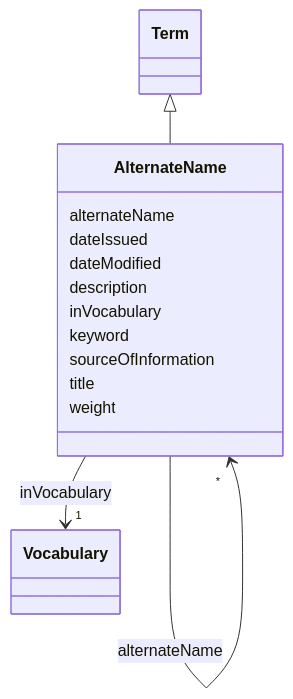
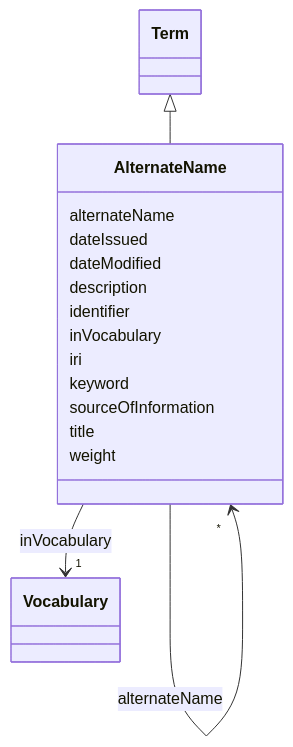
One commit to EVORA-project/evora-ontology changed the diagram in models/docs/AlternateName.md. Above: the diagram before and after it, drawn with Mermaid. The commit also changed other lines of this file and 391 other files, not shown here.

````diff
--- a/models/docs/AlternateName.md
+++ b/models/docs/AlternateName.md
@@ -19,41 +19,45 @@
 ```mermaid
  classDiagram
     class AlternateName
     click AlternateName href "../AlternateName"
       Term <|-- AlternateName
         click Term href "../Term"
       
       AlternateName : alternateName
         
           
     
     
     AlternateName --> "*" AlternateName : alternateName
     click AlternateName href "../AlternateName"
 
         
       AlternateName : dateIssued
         
       AlternateName : dateModified
         
       AlternateName : description
         
+      AlternateName : identifier
+        
       AlternateName : inVocabulary
         
           
     
     
     AlternateName --> "1" Vocabulary : inVocabulary
     click Vocabulary href "../Vocabulary"
 
+        
+      AlternateName : iri
         
       AlternateName : keyword
         
       AlternateName : sourceOfInformation
         
       AlternateName : title
         
       AlternateName : weight
         
       
 ```
````
